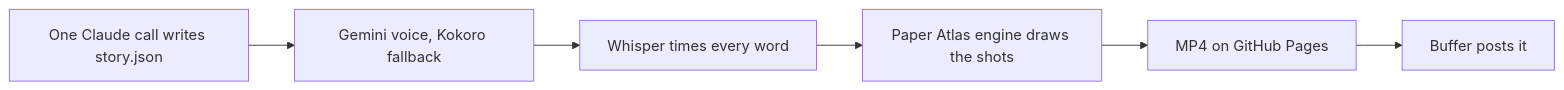
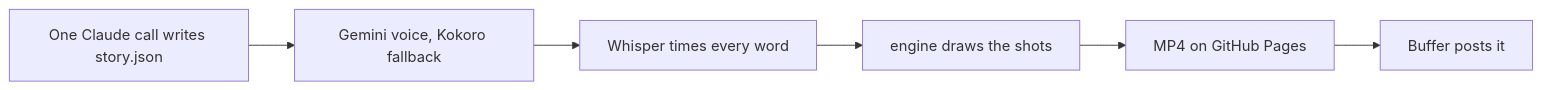
One commit to Akashno/untold-files changed the diagram in README.md. Above: the diagram before and after it, drawn with Mermaid. The commit also changed other lines of this file and 10 other files, not shown here.

````diff
--- a/README.md
+++ b/README.md
@@ -6,8 +6,8 @@
 ```mermaid
 flowchart LR
   A[One Claude call writes story.json] --> B[Gemini voice, Kokoro fallback]
   B --> C[Whisper times every word]
-  C --> D[Paper Atlas engine draws the shots]
+  C --> D[engine draws the shots]
   D --> E[MP4 on GitHub Pages]
   E --> F[Buffer posts it]
 ```
````
